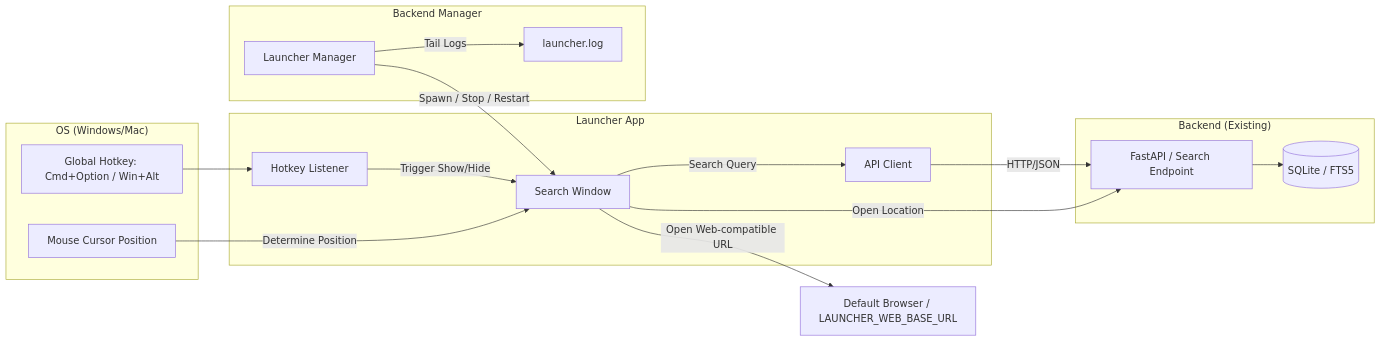
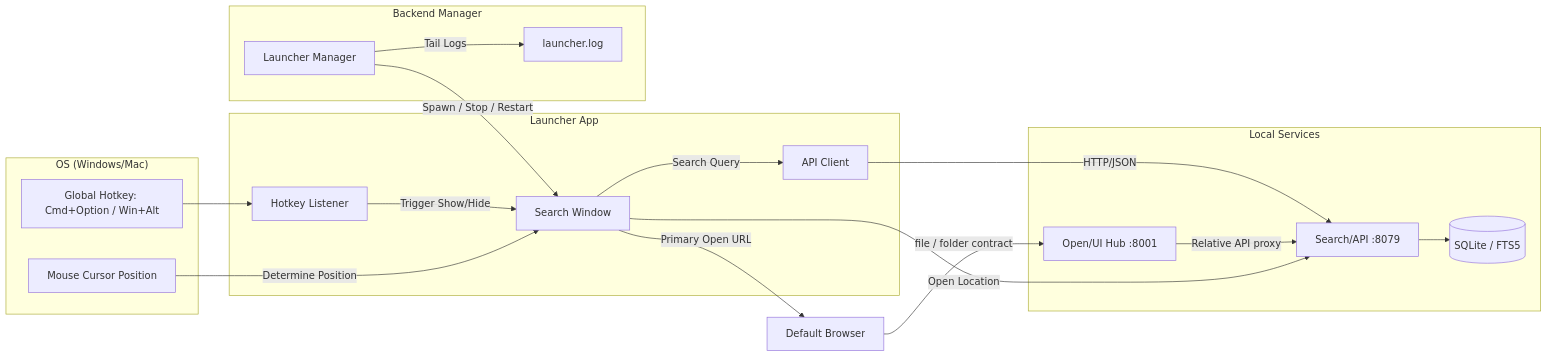
One commit to myao9494/Local-fulltext-search changed the diagram in launcher/docs/architecture.md. Above: the diagram before and after it, drawn with Mermaid. The commit also changed other lines of this file and 52 other files, not shown here.

````diff
--- a/launcher/docs/architecture.md
+++ b/launcher/docs/architecture.md
@@ -14,34 +14,37 @@
 ```mermaid
 graph LR
     subgraph "OS (Windows/Mac)"
         HK[Global Hotkey: Cmd+Option / Win+Alt]
         Mouse[Mouse Cursor Position]
     end
 
     subgraph "Launcher App"
         UI[Search Window]
         Client[API Client]
         Listener[Hotkey Listener]
     end
 
     subgraph "Backend Manager"
         LM[Launcher Manager]
         Log[launcher.log]
     end
 
-    subgraph "Backend (Existing)"
-        API[FastAPI / Search Endpoint]
+    subgraph "Local Services"
+        HUB[Open/UI Hub :8001]
+        API[Search/API :8079]
         DB[(SQLite / FTS5)]
     end
 
     HK --> Listener
     Listener -->|Trigger Show/Hide| UI
     Mouse -->|Determine Position| UI
     UI -->|Search Query| Client
     Client -->|HTTP/JSON| API
     API --> DB
-    UI -->|Open Web-compatible URL| Browser[Default Browser / LAUNCHER_WEB_BASE_URL]
+    UI -->|Primary Open URL| Browser[Default Browser]
+    Browser -->|file / folder contract| HUB
+    HUB -->|Relative API proxy| API
     UI -->|Open Location| API
     LM -->|Spawn / Stop / Restart| UI
     LM -->|Tail Logs| Log
 ```
````
